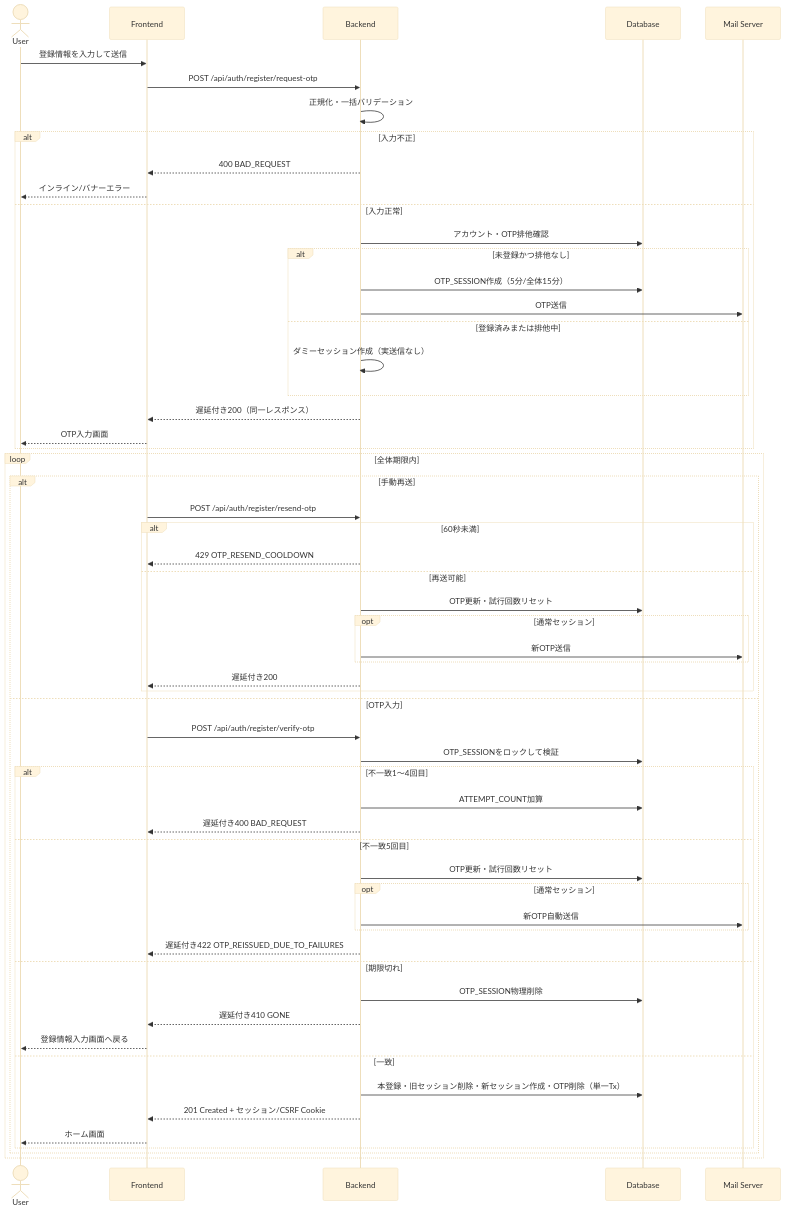
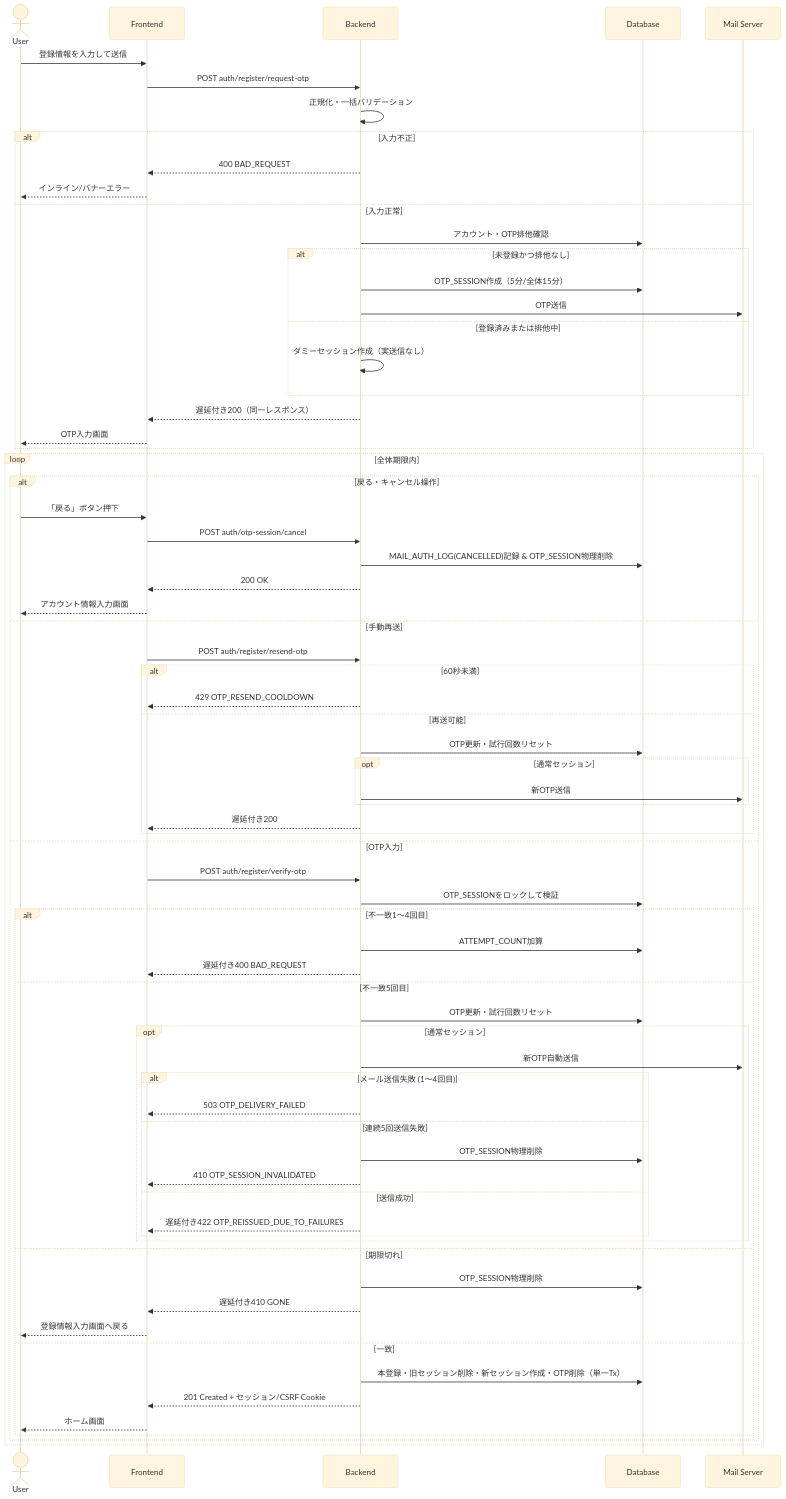
The diagram in docs/design/process_design/01_account_creation.md (TUS-TI-dev-team/SyncTask), drawn with Mermaid (base theme) before and after one commit. The commit also changed other lines of this file and 60 other files, not shown here.

````diff
--- a/docs/design/process_design/01_account_creation.md
+++ b/docs/design/process_design/01_account_creation.md
@@ -95,62 +106,75 @@
 ```mermaid
 sequenceDiagram
     actor User
     participant FE as Frontend
     participant BE as Backend
     participant DB as Database
     participant Mail as Mail Server
 
     User->>FE: 登録情報を入力して送信
-    FE->>BE: POST /api/auth/register/request-otp
+    FE->>BE: POST auth/register/request-otp
     BE->>BE: 正規化・一括バリデーション
     alt 入力不正
         BE-->>FE: 400 BAD_REQUEST
         FE-->>User: インライン/バナーエラー
     else 入力正常
         BE->>DB: アカウント・OTP排他確認
         alt 未登録かつ排他なし
             BE->>DB: OTP_SESSION作成（5分/全体15分）
             BE->>Mail: OTP送信
         else 登録済みまたは排他中
             BE->>BE: ダミーセッション作成（実送信なし）
         end
         BE-->>FE: 遅延付き200（同一レスポンス）
         FE-->>User: OTP入力画面
     end
 
     loop 全体期限内
-        alt 手動再送
-            FE->>BE: POST /api/auth/register/resend-otp
+        alt 戻る・キャンセル操作
+            User->>FE: 「戻る」ボタン押下
+            FE->>BE: POST auth/otp-session/cancel
+            BE->>DB: MAIL_AUTH_LOG(CANCELLED)記録 & OTP_SESSION物理削除
+            BE-->>FE: 200 OK
+            FE-->>User: アカウント情報入力画面
+        else 手動再送
+            FE->>BE: POST auth/register/resend-otp
             alt 60秒未満
                 BE-->>FE: 429 OTP_RESEND_COOLDOWN
             else 再送可能
                 BE->>DB: OTP更新・試行回数リセット
                 opt 通常セッション
                     BE->>Mail: 新OTP送信
                 end
                 BE-->>FE: 遅延付き200
             end
         else OTP入力
-            FE->>BE: POST /api/auth/register/verify-otp
+            FE->>BE: POST auth/register/verify-otp
             BE->>DB: OTP_SESSIONをロックして検証
             alt 不一致1〜4回目
                 BE->>DB: ATTEMPT_COUNT加算
                 BE-->>FE: 遅延付き400 BAD_REQUEST
             else 不一致5回目
                 BE->>DB: OTP更新・試行回数リセット
                 opt 通常セッション
                     BE->>Mail: 新OTP自動送信
+                    alt メール送信失敗 (1〜4回目)
+                        BE-->>FE: 503 OTP_DELIVERY_FAILED
+                    else 連続5回送信失敗
+                        BE->>DB: OTP_SESSION物理削除
+                        BE-->>FE: 410 OTP_SESSION_INVALIDATED
+                    else 送信成功
+                        BE-->>FE: 遅延付き422 OTP_REISSUED_DUE_TO_FAILURES
+                    end
                 end
-                BE-->>FE: 遅延付き422 OTP_REISSUED_DUE_TO_FAILURES
             else 期限切れ
                 BE->>DB: OTP_SESSION物理削除
                 BE-->>FE: 遅延付き410 GONE
                 FE-->>User: 登録情報入力画面へ戻る
             else 一致
                 BE->>DB: 本登録・旧セッション削除・新セッション作成・OTP削除（単一Tx）
                 BE-->>FE: 201 Created + セッション/CSRF Cookie
                 FE-->>User: ホーム画面
             end
         end
     end
 ```
````
